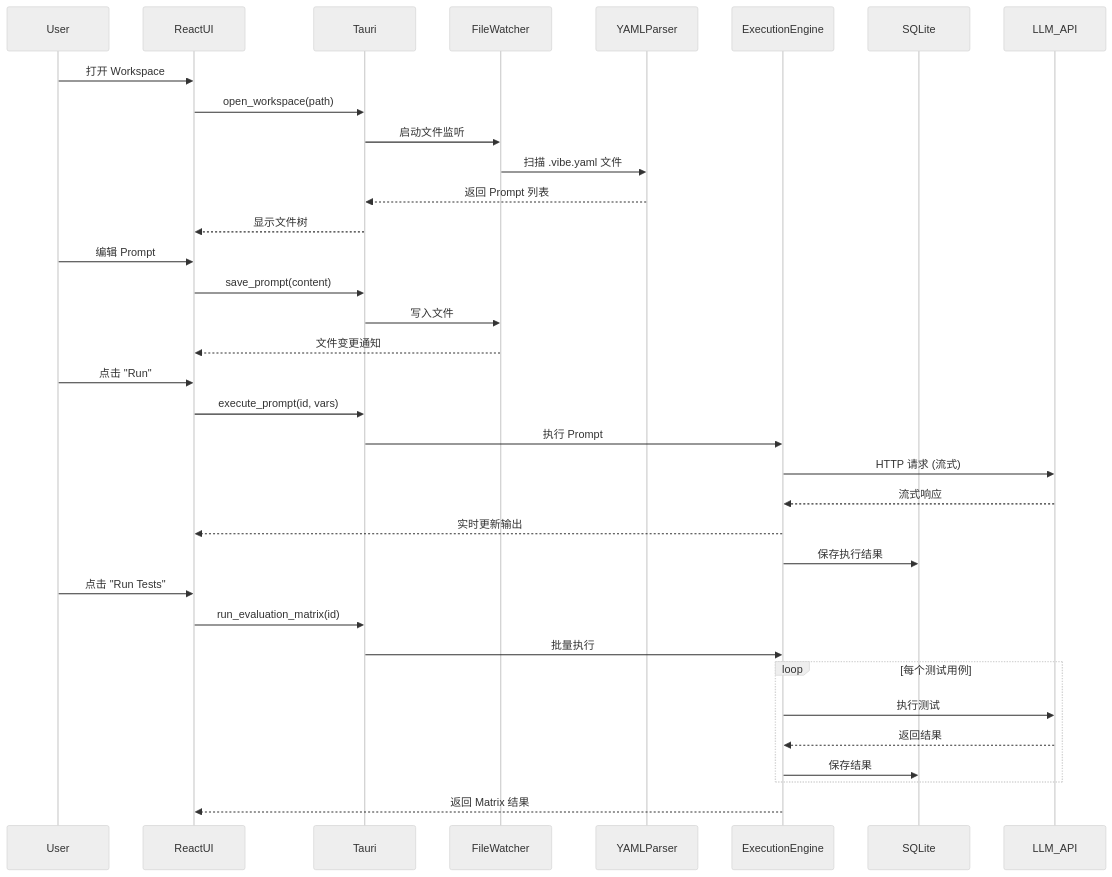
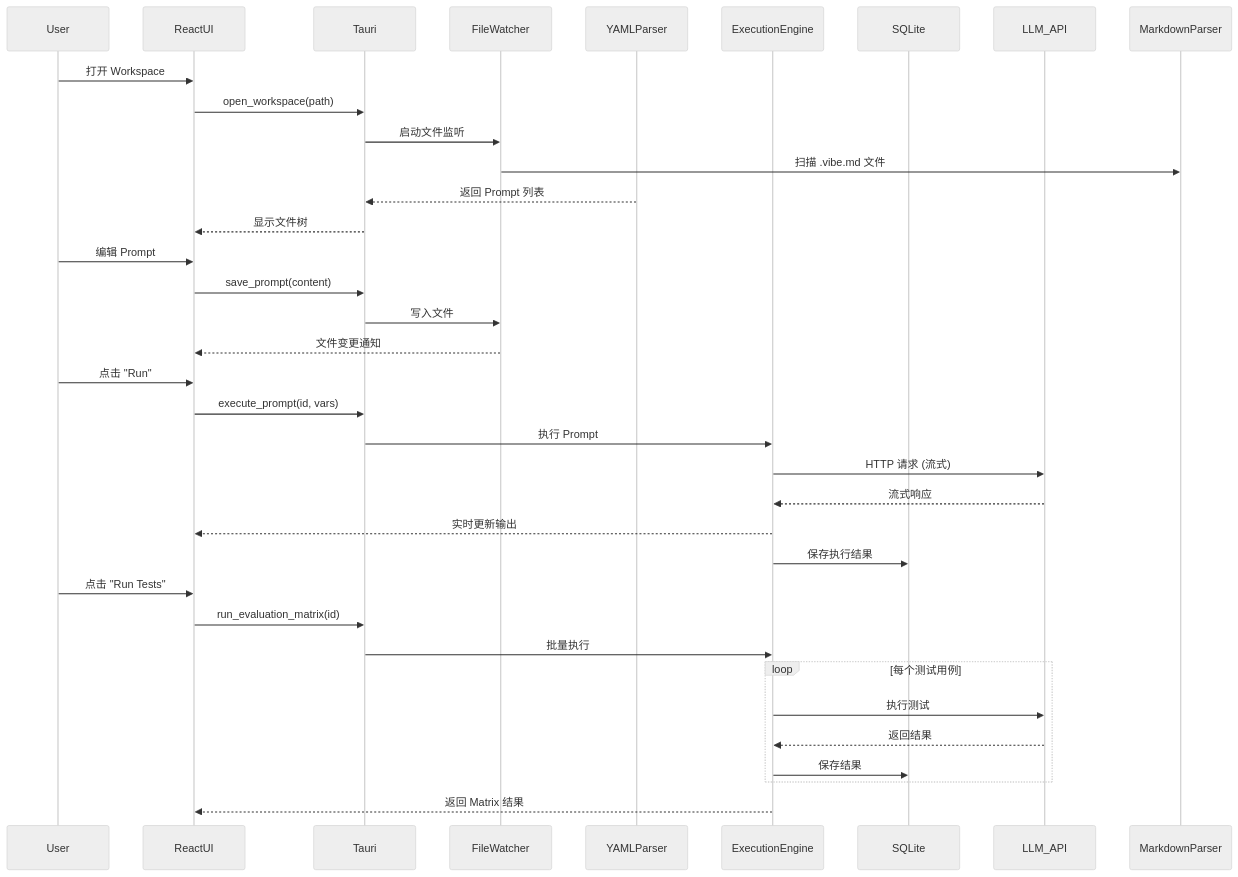
One commit to Geoion/VibeBase changed the third of 3 diagrams in PRD.md. Above: the diagram before and after it, drawn with Mermaid (neutral theme). The commit also changed other lines of this file, not shown here.

First line of the commit message:
Update PRD: switch to Markdown+DB prompt format

````diff
--- a/PRD.md
+++ b/PRD.md
@@ -2346,41 +2816,41 @@
 ```mermaid
 sequenceDiagram
     participant User
     participant ReactUI
     participant Tauri
     participant FileWatcher
     participant YAMLParser
     participant ExecutionEngine
     participant SQLite
     participant LLM_API
     
     User->>ReactUI: 打开 Workspace
     ReactUI->>Tauri: open_workspace(path)
     Tauri->>FileWatcher: 启动文件监听
-    FileWatcher->>YAMLParser: 扫描 .vibe.yaml 文件
+    FileWatcher->>MarkdownParser: 扫描 .vibe.md 文件
     YAMLParser-->>Tauri: 返回 Prompt 列表
     Tauri-->>ReactUI: 显示文件树
     
     User->>ReactUI: 编辑 Prompt
     ReactUI->>Tauri: save_prompt(content)
     Tauri->>FileWatcher: 写入文件
     FileWatcher-->>ReactUI: 文件变更通知
     
     User->>ReactUI: 点击 "Run"
     ReactUI->>Tauri: execute_prompt(id, vars)
     Tauri->>ExecutionEngine: 执行 Prompt
     ExecutionEngine->>LLM_API: HTTP 请求 (流式)
     LLM_API-->>ExecutionEngine: 流式响应
     ExecutionEngine-->>ReactUI: 实时更新输出
     ExecutionEngine->>SQLite: 保存执行结果
     
     User->>ReactUI: 点击 "Run Tests"
     ReactUI->>Tauri: run_evaluation_matrix(id)
     Tauri->>ExecutionEngine: 批量执行
     loop 每个测试用例
         ExecutionEngine->>LLM_API: 执行测试
         LLM_API-->>ExecutionEngine: 返回结果
         ExecutionEngine->>SQLite: 保存结果
     end
     ExecutionEngine-->>ReactUI: 返回 Matrix 结果
 ```
````
